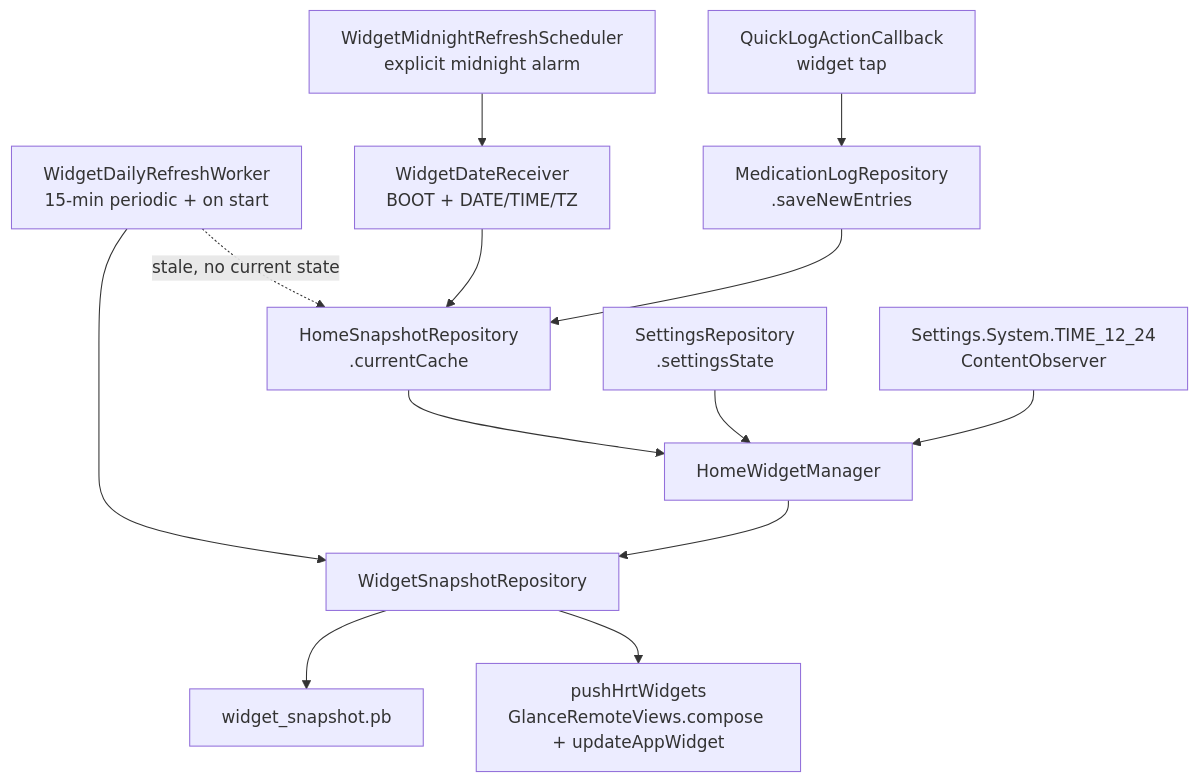
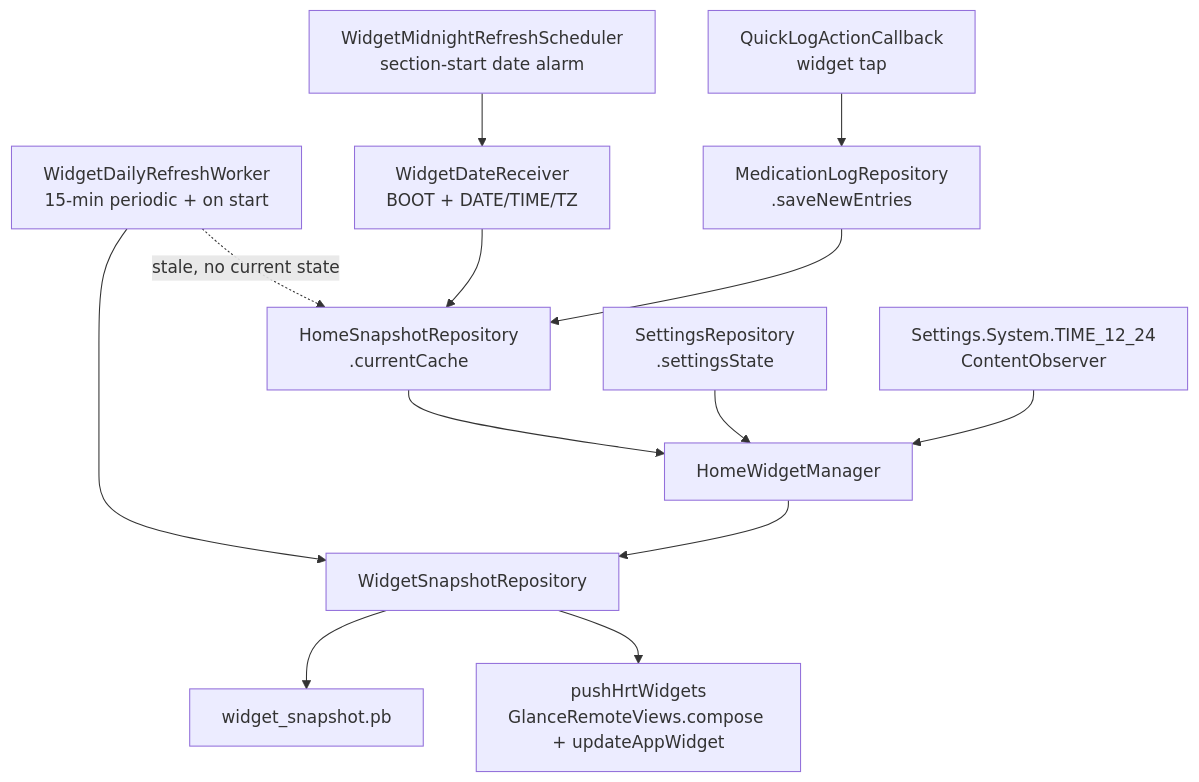
One commit to mkx173/Featherline changed the second of 2 diagrams in docs/widget.md. Above: the diagram before and after it, drawn with Mermaid. The commit also changed other lines of this file and 3 other files, not shown here.

````diff
--- a/docs/widget.md
+++ b/docs/widget.md
@@ -334,15 +334,15 @@
 ```mermaid
 graph TD
   homesnapshot[HomeSnapshotRepository<br/>.currentCache] --> manager
   settings[SettingsRepository<br/>.settingsState] --> manager
   timeformat[Settings.System.TIME_12_24<br/>ContentObserver] --> manager
-  midnight[WidgetMidnightRefreshScheduler<br/>explicit midnight alarm] --> datereceiver
+  midnight[WidgetMidnightRefreshScheduler<br/>section-start date alarm] --> datereceiver
   worker[WidgetDailyRefreshWorker<br/>15-min periodic + on start] --> repo
   worker -.stale, no current state.-> homesnapshot
   datereceiver[WidgetDateReceiver<br/>BOOT + DATE/TIME/TZ] --> homesnapshot
   quicklog[QuickLogActionCallback<br/>widget tap] --> mutation
   mutation[MedicationLogRepository<br/>.saveNewEntries] --> homesnapshot
   manager[HomeWidgetManager] --> repo[WidgetSnapshotRepository]
   repo --> store[widget_snapshot.pb]
   repo --> push[pushHrtWidgets<br/>GlanceRemoteViews.compose + updateAppWidget]
 ```
````
